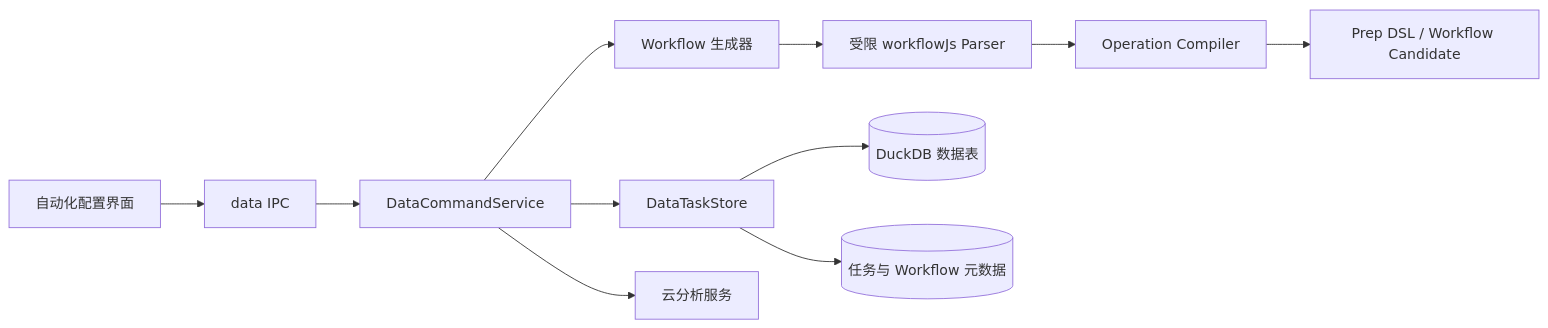
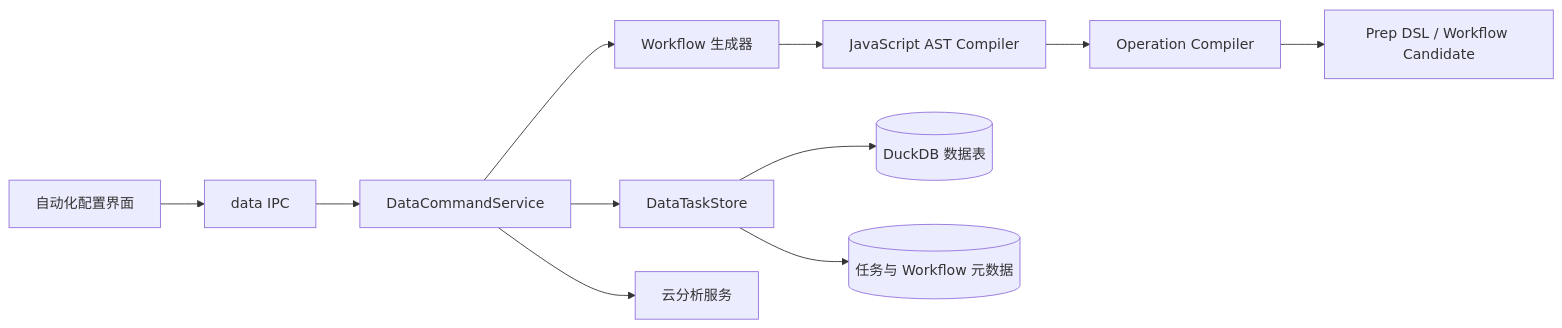
The first of 3 diagrams in design/automation/data-processing-automation-rp.md (tyro668/sophron-cowork-desktop), drawn with Mermaid before and after one commit. The commit also changed other lines of this file, not shown here.

````diff
--- a/design/automation/data-processing-automation-rp.md
+++ b/design/automation/data-processing-automation-rp.md
@@ -43,13 +43,13 @@
 ```mermaid
 flowchart LR
     UI[自动化配置界面] --> IPC[data IPC]
     IPC --> CS[DataCommandService]
     CS --> AI[Workflow 生成器]
-    AI --> JSP[受限 workflowJs Parser]
+    AI --> JSP[JavaScript AST Compiler]
     JSP --> OC[Operation Compiler]
     OC --> DSL[Prep DSL / Workflow Candidate]
     CS --> STORE[DataTaskStore]
     STORE --> DUCK[(DuckDB 数据表)]
     STORE --> META[(任务与 Workflow 元数据)]
     CS --> CLOUD[云分析服务]
 ```
````
